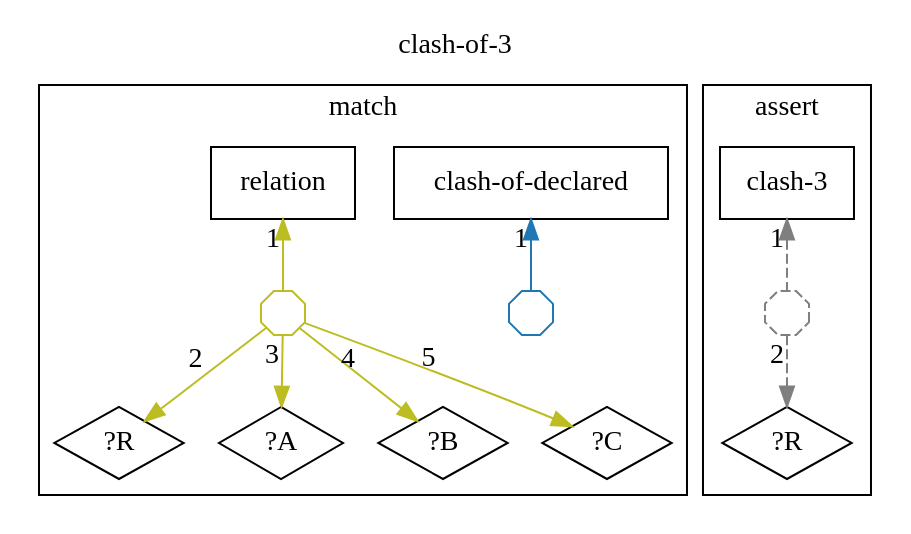
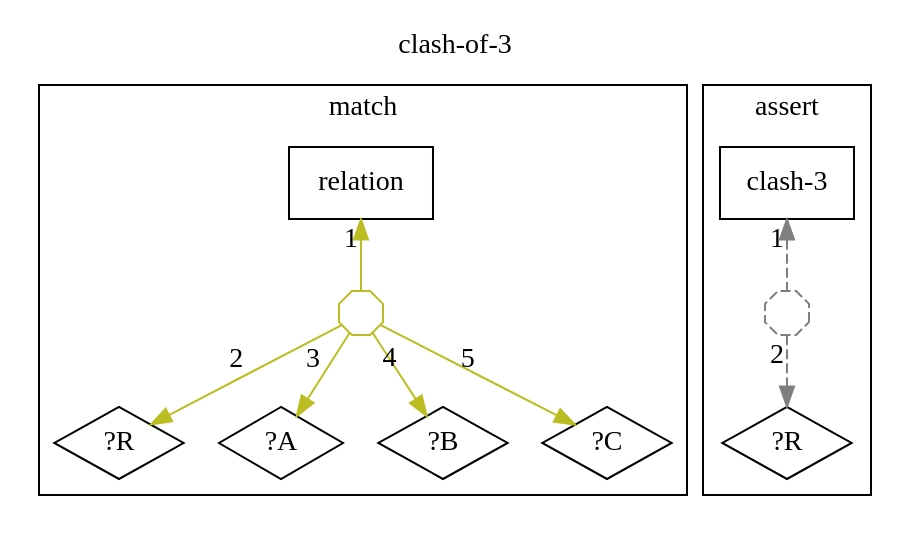
The diagram in docs/ein/user/04-reference/04-stdlib/diagrams/20-std.contradiction.clash-of-3.dot (agutikov/ein), drawn with Graphviz before and after one commit. The commit also changed 141 other files, not shown here.

```diff
--- a/docs/ein/user/04-reference/04-stdlib/diagrams/20-std.contradiction.clash-of-3.dot
+++ b/docs/ein/user/04-reference/04-stdlib/diagrams/20-std.contradiction.clash-of-3.dot
@@ -1,27 +1,24 @@
 digraph rule_clash_of_3_lhs_rhs {
   rankdir=TB;
   label="clash-of-3"; labelloc=t;
   subgraph cluster_lhs { label="match";
-    "clash-of-declared_L" [label="clash-of-declared", shape=box];
     "relation_L" [label="relation", shape=box];
     "?R_L" [label="?R", shape=diamond];
     "?A_L" [label="?A", shape=diamond];
     "?B_L" [label="?B", shape=diamond];
     "?C_L" [label="?C", shape=diamond];
-    "h1_clash-of-declared_L" [shape=octagon, label="", width=0.3, height=0.3, fixedsize=true, color="#1f77b4"];
-    "clash-of-declared_L" -> "h1_clash-of-declared_L" [xlabel="1", dir=back, color="#1f77b4"];
-    "h2_relation_L" [shape=octagon, label="", width=0.3, height=0.3, fixedsize=true, color="#bcbd22"];
-    "relation_L" -> "h2_relation_L" [xlabel="1", dir=back, color="#bcbd22"];
-    "h2_relation_L" -> "?R_L" [xlabel="2", color="#bcbd22"];
-    "h2_relation_L" -> "?A_L" [xlabel="3", color="#bcbd22"];
-    "h2_relation_L" -> "?B_L" [xlabel="4", color="#bcbd22"];
-    "h2_relation_L" -> "?C_L" [xlabel="5", color="#bcbd22"];
+    "h1_relation_L" [shape=octagon, label="", width=0.3, height=0.3, fixedsize=true, color="#bcbd22"];
+    "relation_L" -> "h1_relation_L" [xlabel="1", dir=back, color="#bcbd22"];
+    "h1_relation_L" -> "?R_L" [xlabel="2", color="#bcbd22"];
+    "h1_relation_L" -> "?A_L" [xlabel="3", color="#bcbd22"];
+    "h1_relation_L" -> "?B_L" [xlabel="4", color="#bcbd22"];
+    "h1_relation_L" -> "?C_L" [xlabel="5", color="#bcbd22"];
   }
   subgraph cluster_rhs { label="assert";
     "clash-3_R" [label="clash-3", shape=box];
     "?R_R" [label="?R", shape=diamond];
-    "h3_clash-3_R" [shape=octagon, label="", width=0.3, height=0.3, fixedsize=true, color="#7f7f7f", style=dashed];
-    "clash-3_R" -> "h3_clash-3_R" [xlabel="1", dir=back, color="#7f7f7f", style=dashed];
-    "h3_clash-3_R" -> "?R_R" [xlabel="2", color="#7f7f7f", style=dashed];
+    "h2_clash-3_R" [shape=octagon, label="", width=0.3, height=0.3, fixedsize=true, color="#7f7f7f", style=dashed];
+    "clash-3_R" -> "h2_clash-3_R" [xlabel="1", dir=back, color="#7f7f7f", style=dashed];
+    "h2_clash-3_R" -> "?R_R" [xlabel="2", color="#7f7f7f", style=dashed];
   }
 }
```
